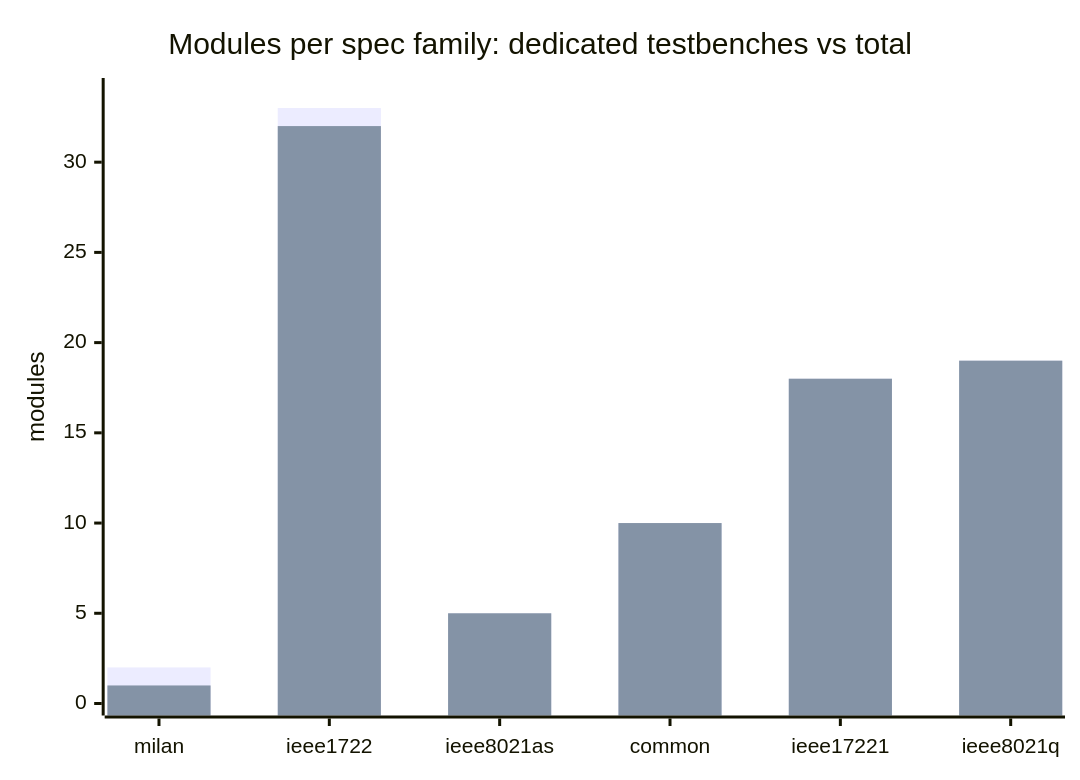
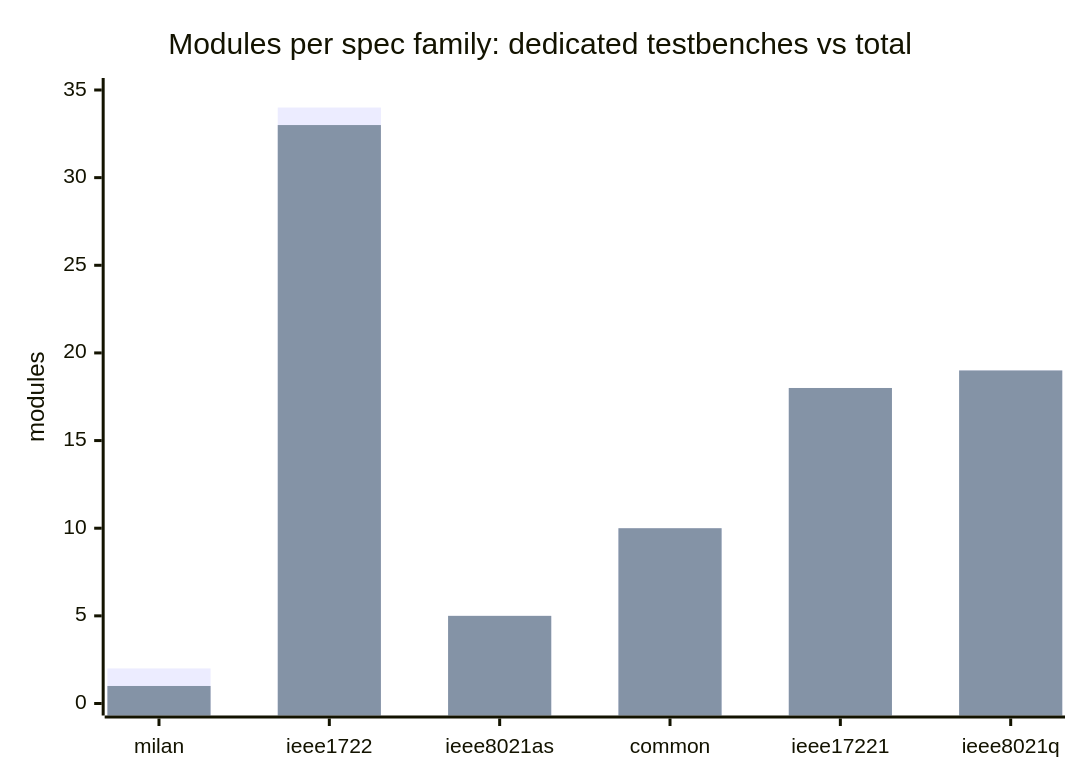
Before and after one commit to kebag-logic/milan-fpga: the diagram in docs/traceability/MODULE_MATRIX.md, drawn with Mermaid. The commit also changed other lines of this file and 1 other file, not shown here.

````diff
--- a/docs/traceability/MODULE_MATRIX.md
+++ b/docs/traceability/MODULE_MATRIX.md
@@ -30,8 +30,8 @@
 ```mermaid
 xychart-beta
     title "Modules per spec family: dedicated testbenches vs total"
     x-axis ["milan", "ieee1722", "ieee8021as", "common", "ieee17221", "ieee8021q"]
-    y-axis "modules" 0 --> 34
-    bar [2, 33, 5, 10, 18, 19]
-    bar [1, 32, 5, 10, 18, 19]
+    y-axis "modules" 0 --> 35
+    bar [2, 34, 5, 10, 18, 19]
+    bar [1, 33, 5, 10, 18, 19]
 ```
````
